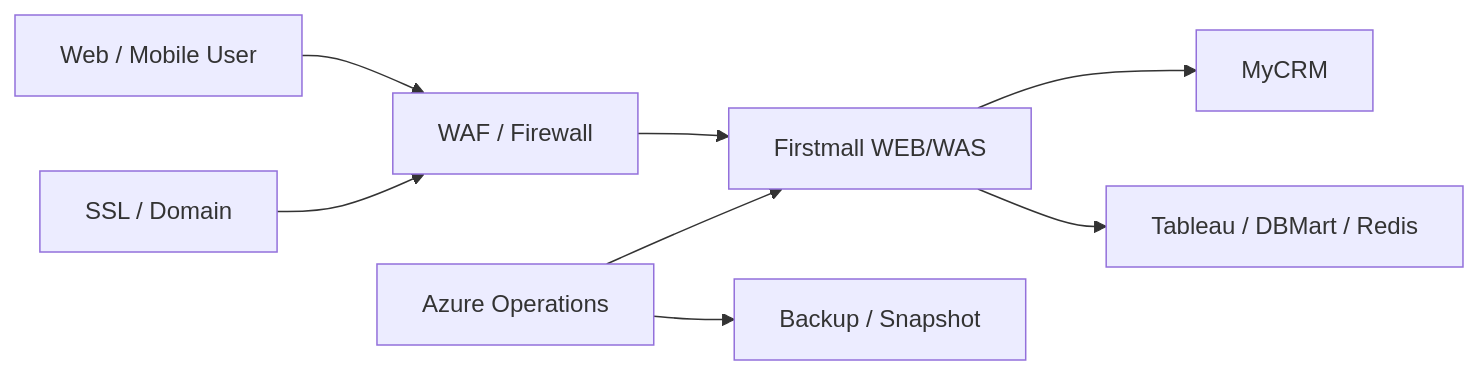
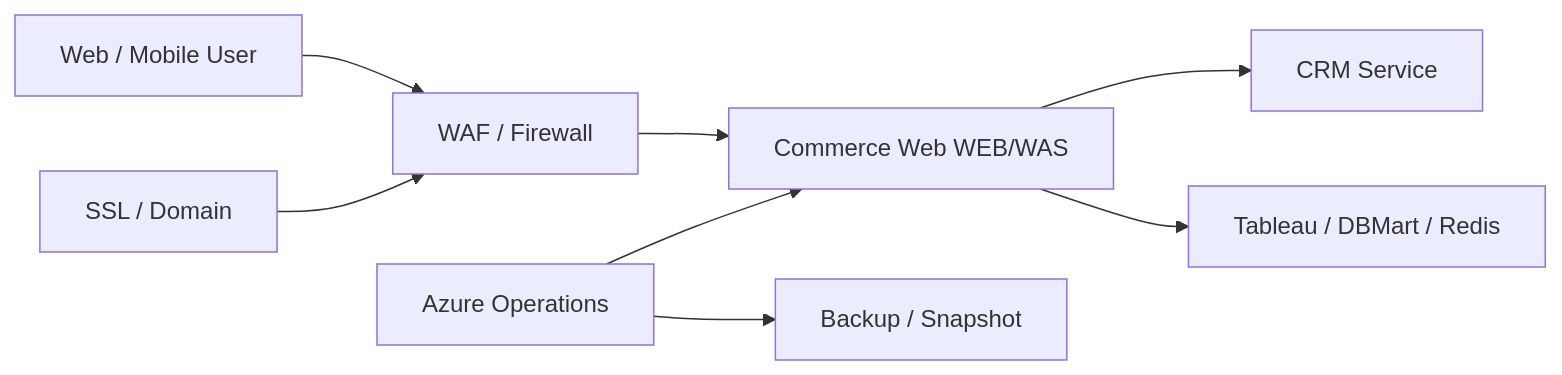
One commit to min-ser/min-ser.github.io changed the first of 4 diagrams in content/03_PROJECTS/2023-milvus-azure-infra.md. Above: the diagram before and after it, drawn with Mermaid. The commit also changed other lines of this file and 34 other files, not shown here.

````diff
--- a/content/03_PROJECTS/2023-milvus-azure-infra.md
+++ b/content/03_PROJECTS/2023-milvus-azure-infra.md
@@ -16,10 +16,10 @@
 ```mermaid
 flowchart LR
     USER[Web / Mobile User] --> SEC[WAF / Firewall]
-    SEC --> WEB[Firstmall WEB/WAS]
-    WEB --> CRM[MyCRM]
+    SEC --> WEB[Commerce Web WEB/WAS]
+    WEB --> CRM[CRM Service]
     WEB --> DATA[Tableau / DBMart / Redis]
     OPS[Azure Operations] --> WEB
     OPS --> BAK[Backup / Snapshot]
     CERT[SSL / Domain] --> SEC
 ```
````
